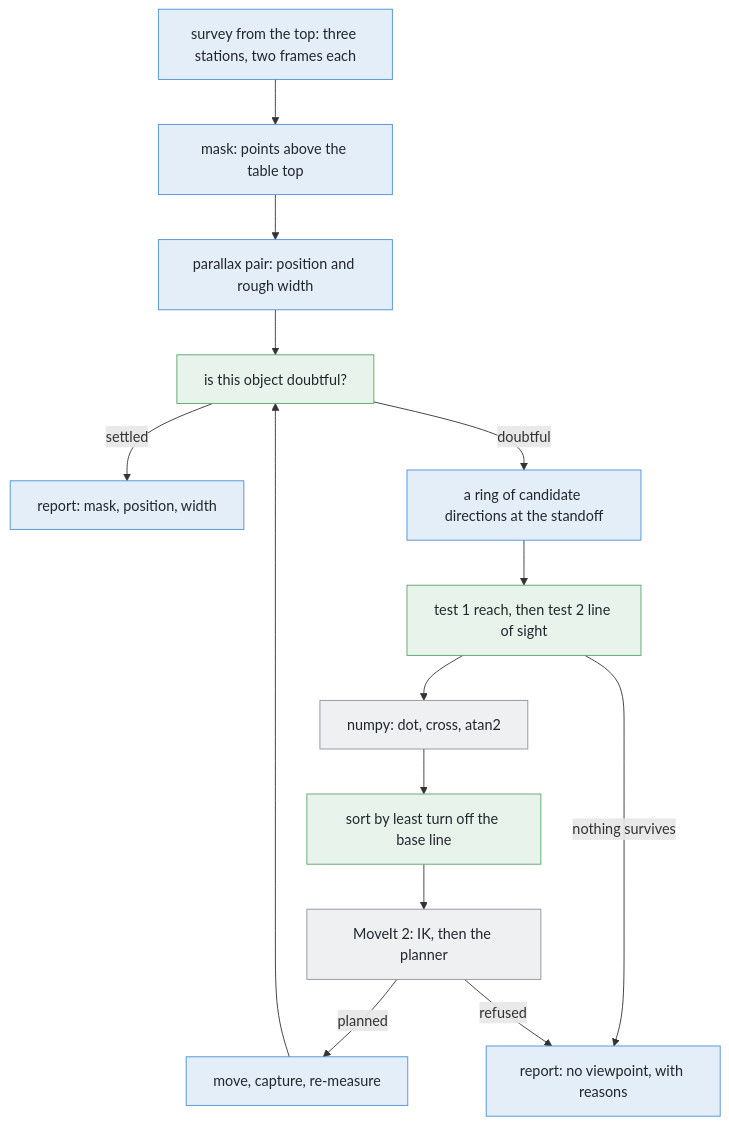
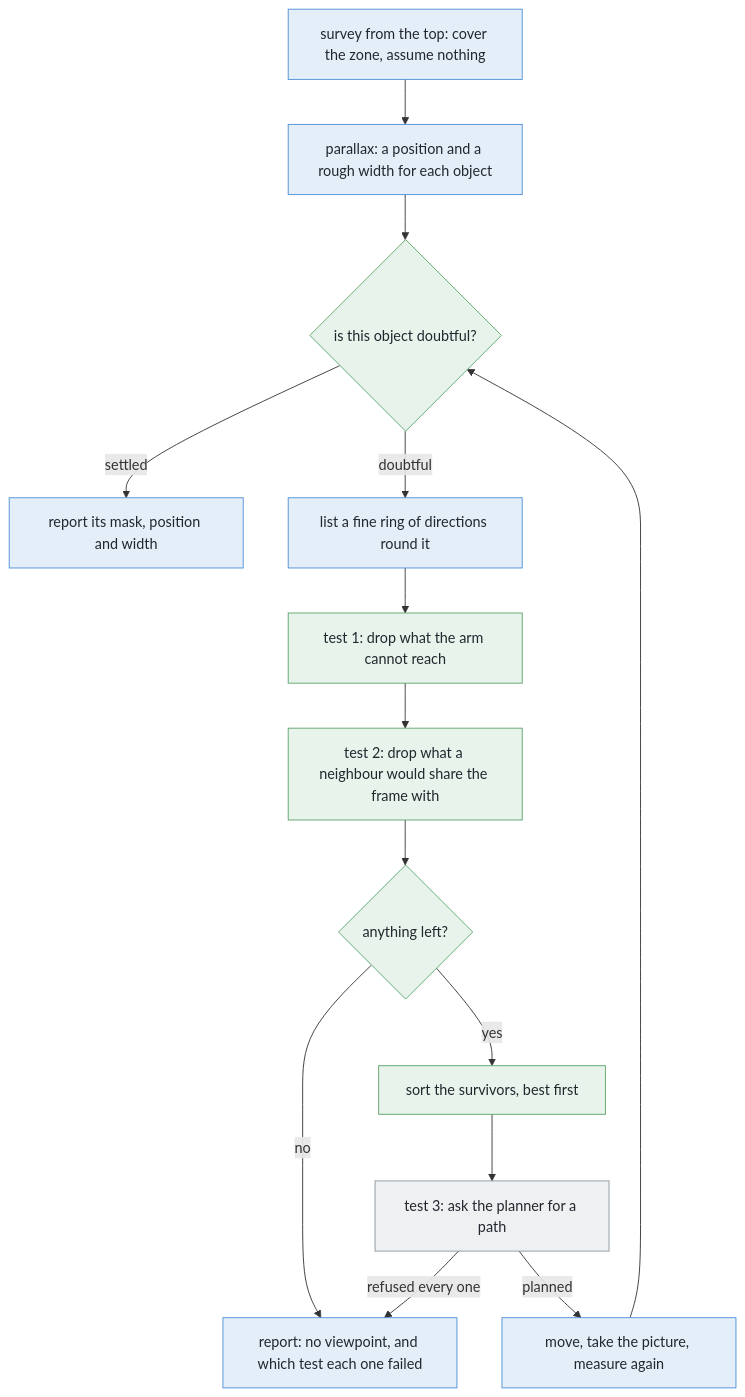
One commit to RobinNagpal/robot-arm-projects changed the diagram in v5-pick-glasses/docs/problem-2/solutions/03-move-the-camera.md. Above: the diagram before and after it, drawn with Mermaid. The commit also changed other lines of this file, not shown here.

First line of the commit message:
Solution 3 rewritten for a first-time reader

````diff
--- a/v5-pick-glasses/docs/problem-2/solutions/03-move-the-camera.md
+++ b/v5-pick-glasses/docs/problem-2/solutions/03-move-the-camera.md
@@ -439,31 +372,28 @@
 ```mermaid
 flowchart TD
-    E1["survey from the top: three stations, two frames each"] --> E2["mask: points above the table top"]
-    E2 --> E3["parallax pair: position and rough width"]
-    E3 --> N1["is this object doubtful?"]
-    N1 -->|settled| E7["report: mask, position, width"]
-    N1 -->|doubtful| E4["a ring of candidate directions at the standoff"]
-    E4 --> N2["test 1 reach, then test 2 line of sight"]
-    N2 --> L1["numpy: dot, cross, atan2"]
-    L1 --> N3["sort by least turn off the base line"]
-    N3 --> L2["MoveIt 2: IK, then the planner"]
-    L2 -->|planned| E5["move, capture, re-measure"]
+    E1["survey from the top: cover the zone, assume nothing"] --> E3["parallax: a position and a rough width for each object"]
+    E3 --> N1{"is this object doubtful?"}
+    N1 -->|"settled"| E7["report its mask, position and width"]
+    N1 -->|"doubtful"| E4["list a fine ring of directions round it"]
+    E4 --> N2["test 1: drop what the arm cannot reach"]
+    N2 --> N3["test 2: drop what a neighbour would share the frame with"]
+    N3 --> N4{"anything left?"}
+    N4 -->|"no"| E6["report: no viewpoint, and which test each one failed"]
+    N4 -->|"yes"| N5["sort the survivors, best first"]
+    N5 --> L2["test 3: ask the planner for a path"]
+    L2 -->|"refused every one"| E6
+    L2 -->|"planned"| E5["move, take the picture, measure again"]
     E5 --> N1
-    N2 -->|nothing survives| E6["report: no viewpoint, with reasons"]
-    L2 -->|refused| E6
-    %% new code we write for this solution
-    style N1 fill:#e8f3ec,stroke:#5aa469,color:#22272e
-    style N2 fill:#e8f3ec,stroke:#5aa469,color:#22272e
-    style N3 fill:#e8f3ec,stroke:#5aa469,color:#22272e
-    %% code the project already has
     style E1 fill:#e4eef9,stroke:#4c8fd6,color:#22272e
-    style E2 fill:#e4eef9,stroke:#4c8fd6,color:#22272e
     style E3 fill:#e4eef9,stroke:#4c8fd6,color:#22272e
     style E4 fill:#e4eef9,stroke:#4c8fd6,color:#22272e
     style E5 fill:#e4eef9,stroke:#4c8fd6,color:#22272e
     style E6 fill:#e4eef9,stroke:#4c8fd6,color:#22272e
     style E7 fill:#e4eef9,stroke:#4c8fd6,color:#22272e
-    %% third-party library
-    style L1 fill:#eef0f2,stroke:#8b949e,color:#22272e
+    style N1 fill:#e8f3ec,stroke:#5aa469,color:#22272e
+    style N2 fill:#e8f3ec,stroke:#5aa469,color:#22272e
+    style N3 fill:#e8f3ec,stroke:#5aa469,color:#22272e
+    style N4 fill:#e8f3ec,stroke:#5aa469,color:#22272e
+    style N5 fill:#e8f3ec,stroke:#5aa469,color:#22272e
     style L2 fill:#eef0f2,stroke:#8b949e,color:#22272e
 ```
````
